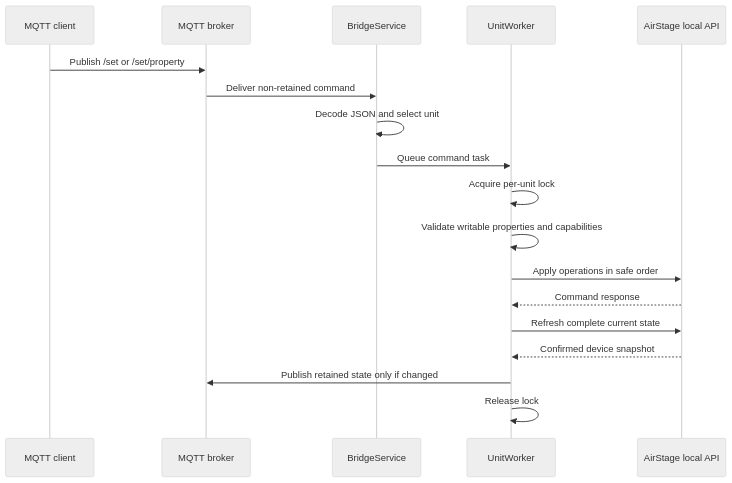
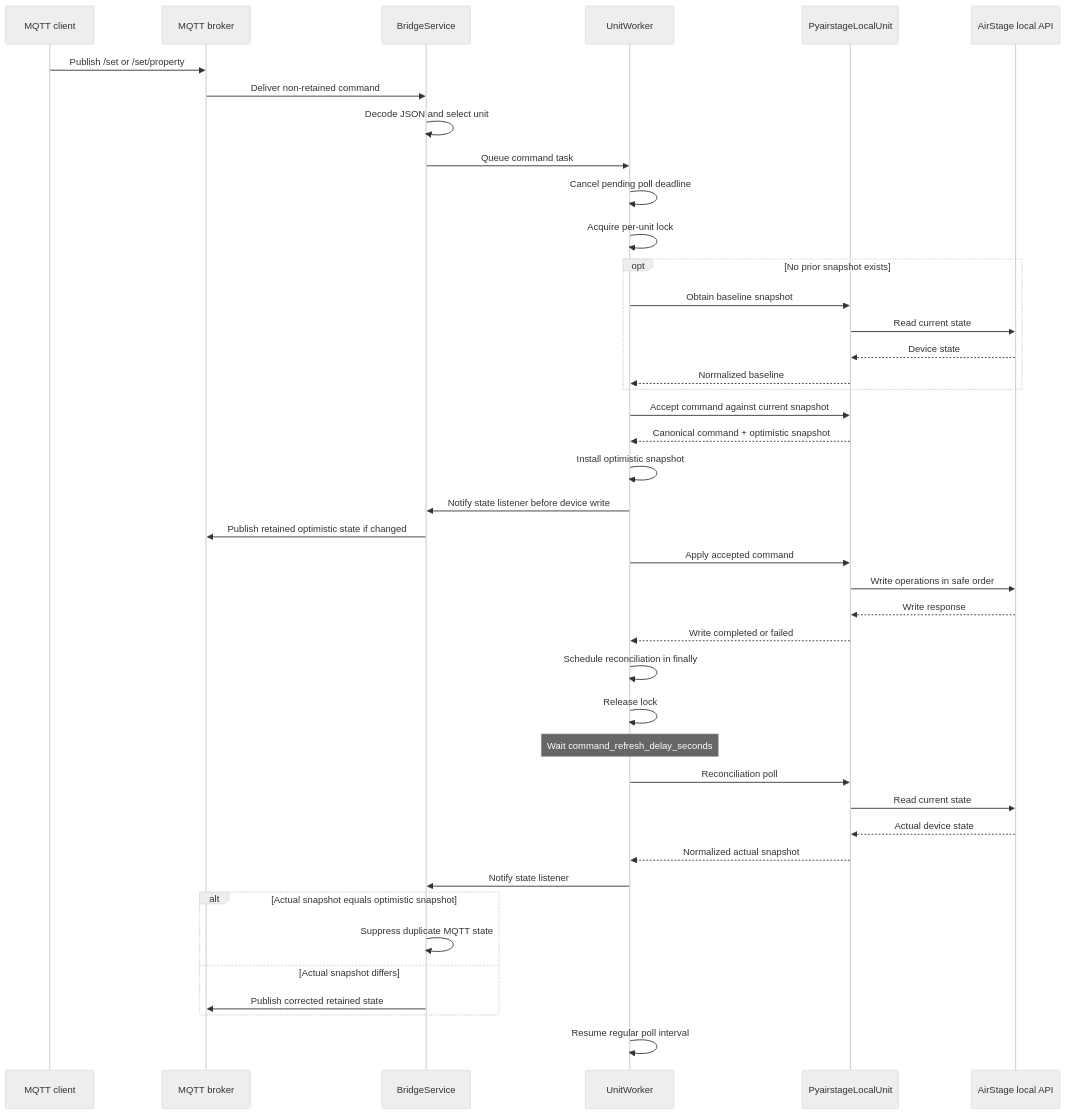
Before and after one commit to m3zercat/AirStage2MQTT: the fifth of 8 diagrams in docs/architecture.md, drawn with Mermaid (neutral theme). The commit also changed other lines of this file, not shown here.

Commit message:
Document optimistic command reconciliation flow

````diff
--- a/docs/architecture.md
+++ b/docs/architecture.md
@@ -185,21 +187,45 @@
 ```mermaid
 sequenceDiagram
     participant Client as MQTT client
     participant MQTT as MQTT broker
     participant Bridge as BridgeService
     participant Worker as UnitWorker
+    participant Adapter as PyairstageLocalUnit
     participant AC as AirStage local API
 
     Client->>MQTT: Publish /set or /set/property
     MQTT->>Bridge: Deliver non-retained command
     Bridge->>Bridge: Decode JSON and select unit
     Bridge->>Worker: Queue command task
+    Worker->>Worker: Cancel pending poll deadline
     Worker->>Worker: Acquire per-unit lock
-    Worker->>Worker: Validate writable properties and capabilities
-    Worker->>AC: Apply operations in safe order
-    AC-->>Worker: Command response
-    Worker->>AC: Refresh complete current state
-    AC-->>Worker: Confirmed device snapshot
-    Worker->>MQTT: Publish retained state only if changed
+    opt No prior snapshot exists
+        Worker->>Adapter: Obtain baseline snapshot
+        Adapter->>AC: Read current state
+        AC-->>Adapter: Device state
+        Adapter-->>Worker: Normalized baseline
+    end
+    Worker->>Adapter: Accept command against current snapshot
+    Adapter-->>Worker: Canonical command + optimistic snapshot
+    Worker->>Worker: Install optimistic snapshot
+    Worker->>Bridge: Notify state listener before device write
+    Bridge->>MQTT: Publish retained optimistic state if changed
+    Worker->>Adapter: Apply accepted command
+    Adapter->>AC: Write operations in safe order
+    AC-->>Adapter: Write response
+    Adapter-->>Worker: Write completed or failed
+    Worker->>Worker: Schedule reconciliation in finally
     Worker->>Worker: Release lock
+    Note over Worker: Wait command_refresh_delay_seconds
+    Worker->>Adapter: Reconciliation poll
+    Adapter->>AC: Read current state
+    AC-->>Adapter: Actual device state
+    Adapter-->>Worker: Normalized actual snapshot
+    Worker->>Bridge: Notify state listener
+    alt Actual snapshot equals optimistic snapshot
+        Bridge->>Bridge: Suppress duplicate MQTT state
+    else Actual snapshot differs
+        Bridge->>MQTT: Publish corrected retained state
+    end
+    Worker->>Worker: Resume regular poll interval
 ```
````
